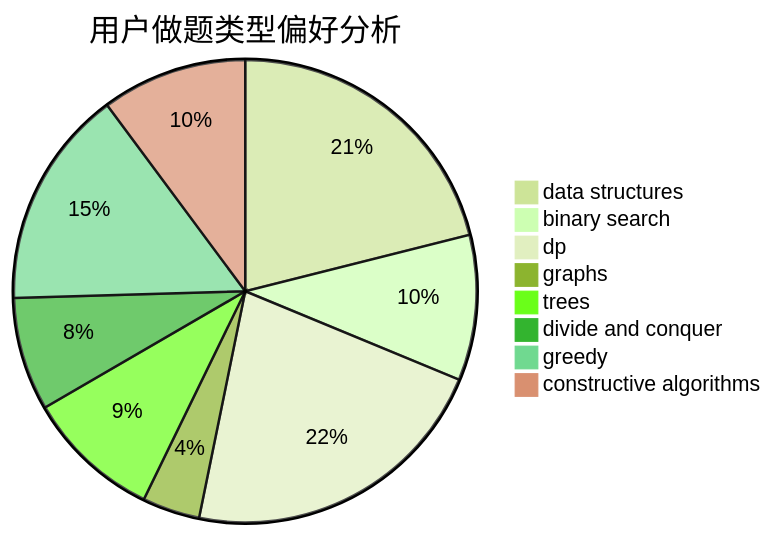
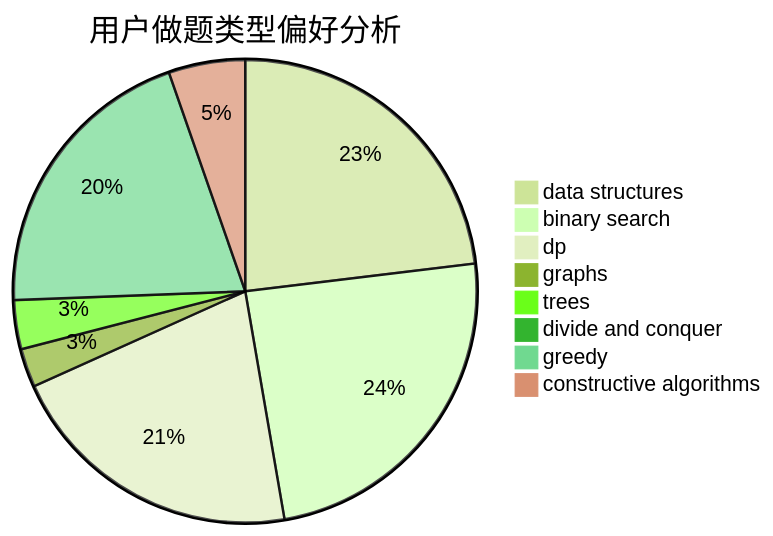
One commit to sherpahu/cfrs.github.io changed the second of 3 diagrams in docs/user/u408.md. Above: the diagram before and after it, drawn with Mermaid (forest theme). The commit also changed other lines of this file and 2770 other files, not shown here.

````diff
--- a/docs/user/u408.md
+++ b/docs/user/u408.md
@@ -23,11 +23,11 @@
 ```mermaid
 pie title 用户做题类型偏好分析
-    "data structures" :  168
-    "binary search" :  81
-    "dp" :  175
-    "graphs" :  32
-    "trees" :  75
-    "divide and conquer" :  63
-    "greedy" :  122
-    "constructive algorithms" :  81
+    "data structures" :  540
+    "binary search" :  566
+    "dp" :  491
+    "graphs" :  63
+    "trees" :  80
+    "divide and conquer" :  0
+    "greedy" :  474
+    "constructive algorithms" :  125
 ```
````
